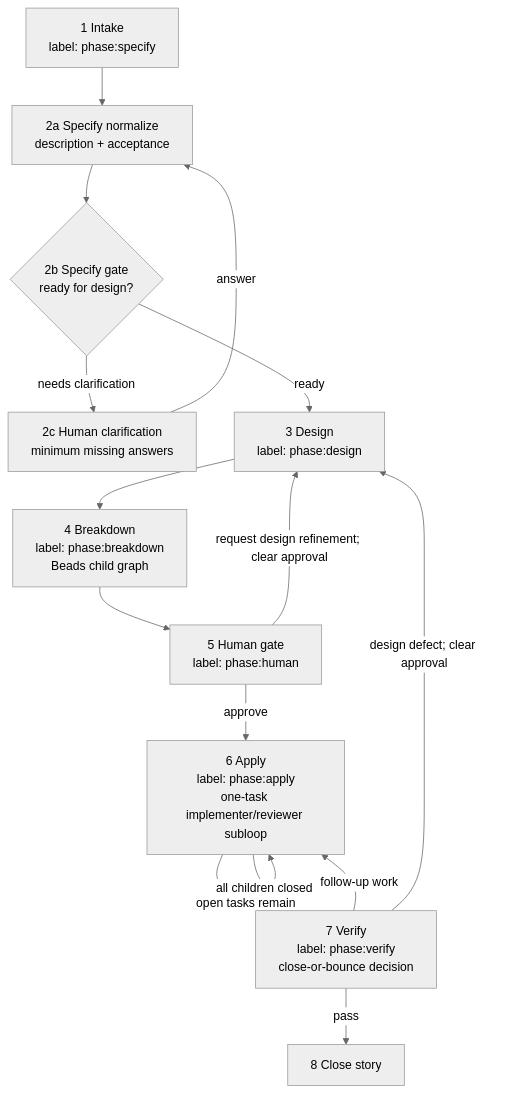
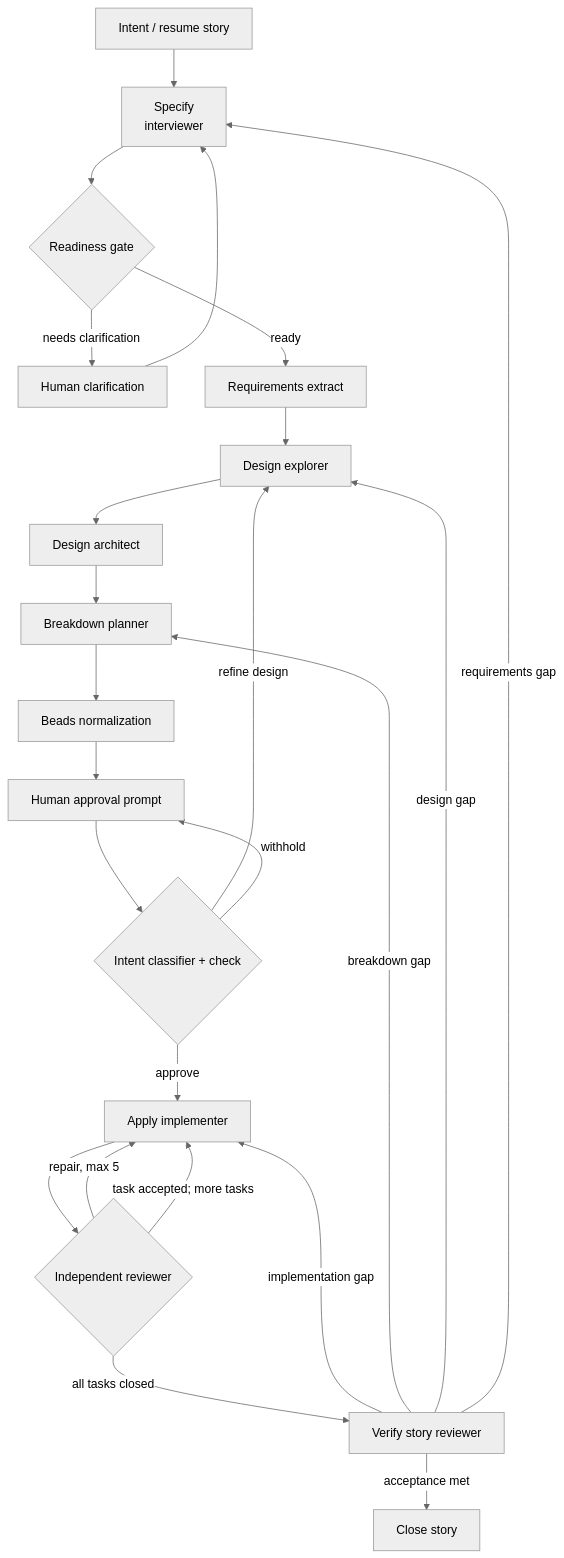
Before and after one commit to baldaworks/prism: the diagram in plugins/prism/skills/lifecycle/references/lifecycle.md, drawn with Mermaid (neutral theme). The commit also changed other lines of this file and 50 other files, not shown here.

````diff
--- a/plugins/prism/skills/lifecycle/references/lifecycle.md
+++ b/plugins/prism/skills/lifecycle/references/lifecycle.md
@@ -16,26 +6,42 @@
 ```mermaid
 flowchart TB
-  I["1 Intake<br/>label: phase:specify"]
-  S["2a Specify normalize<br/>description + acceptance"]
-  G{"2b Specify gate<br/>ready for design?"}
-  Q["2c Human clarification<br/>minimum missing answers"]
-  D["3 Design<br/>label: phase:design"]
-  B["4 Breakdown<br/>label: phase:breakdown<br/>Beads child graph"]
-  H["5 Human gate<br/>label: phase:human"]
-  A["6 Apply<br/>label: phase:apply<br/>one-task implementer/reviewer subloop"]
-  V["7 Verify<br/>label: phase:verify<br/>close-or-bounce decision"]
-  C["8 Close story"]
+  I["Intent / resume story"]
+  S["Specify<br/>interviewer"]
+  G{"Readiness gate"}
+  Q["Human clarification"]
+  X["Requirements extract"]
+  E["Design explorer"]
+  D["Design architect"]
+  B["Breakdown planner"]
+  N["Beads normalization"]
+  H["Human approval prompt"]
+  C{"Intent classifier + check"}
+  W["Apply implementer"]
+  R{"Independent reviewer"}
+  V["Verify story reviewer"]
+  Z["Close story"]
 
-  I --> S --> G
-  G -->|"ready"| D
+  I --> S
+  S --> G
   G -->|"needs clarification"| Q
-  Q -->|"answer"| S
-  D --> B --> H
-  H -->|"approve"| A
-  H -->|"request design refinement; clear approval"| D
-  A -->|"open tasks remain"| A
-  A -->|"all children closed"| V
-  V -->|"follow-up work"| A
-  V -->|"design defect; clear approval"| D
-  V -->|"pass"| C
+  Q --> S
+  G -->|"ready"| X
+  X --> E
+  E --> D
+  D --> B
+  B --> N
+  N --> H
+  H --> C
+  C -->|"approve"| W
+  C -->|"refine design"| E
+  C -->|"withhold"| H
+  W --> R
+  R -->|"repair, max 5"| W
+  R -->|"task accepted; more tasks"| W
+  R -->|"all tasks closed"| V
+  V -->|"acceptance met"| Z
+  V -->|"implementation gap"| W
+  V -->|"breakdown gap"| B
+  V -->|"design gap"| E
+  V -->|"requirements gap"| S
 ```
````
